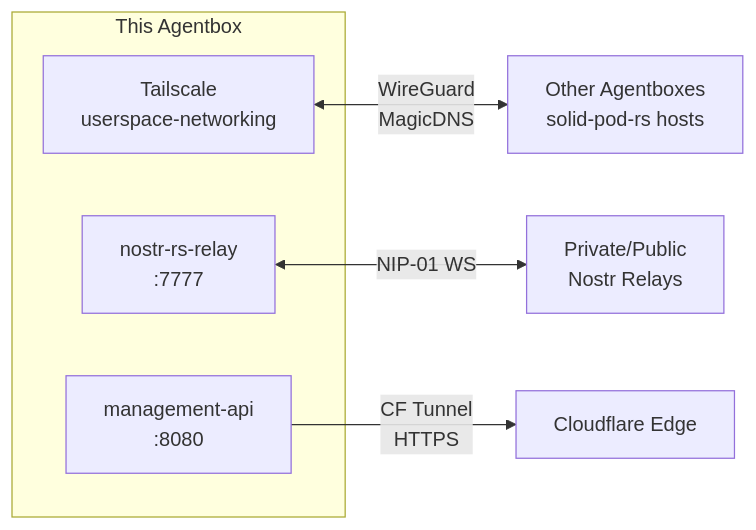
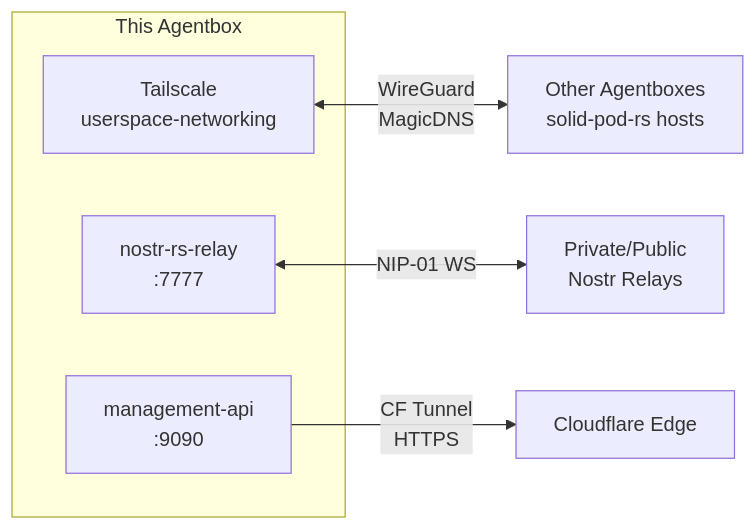
Before and after one commit to DreamLab-AI/agentbox: the fourth of 4 diagrams in README.md, drawn with Mermaid. The commit also changed other lines of this file and 13 other files, not shown here.

First line of the commit message:
docs(audit): truth-up against code; diagram-as-code ledger + anomaly register

````diff
--- a/README.md
+++ b/README.md
@@ -279,12 +279,12 @@
 ```mermaid
 graph LR
     subgraph "This Agentbox"
         TS["Tailscale\nuserspace-networking"]
         NR["nostr-rs-relay\n:7777"]
-        MA["management-api\n:8080"]
+        MA["management-api\n:9090"]
     end
 
     TS <-->|"WireGuard\nMagicDNS"| OTHER["Other Agentboxes\nsolid-pod-rs hosts"]
     NR <-->|"NIP-01 WS"| RELAY["Private/Public\nNostr Relays"]
     MA -->|"CF Tunnel\nHTTPS"| CF["Cloudflare Edge"]
 ```
````
